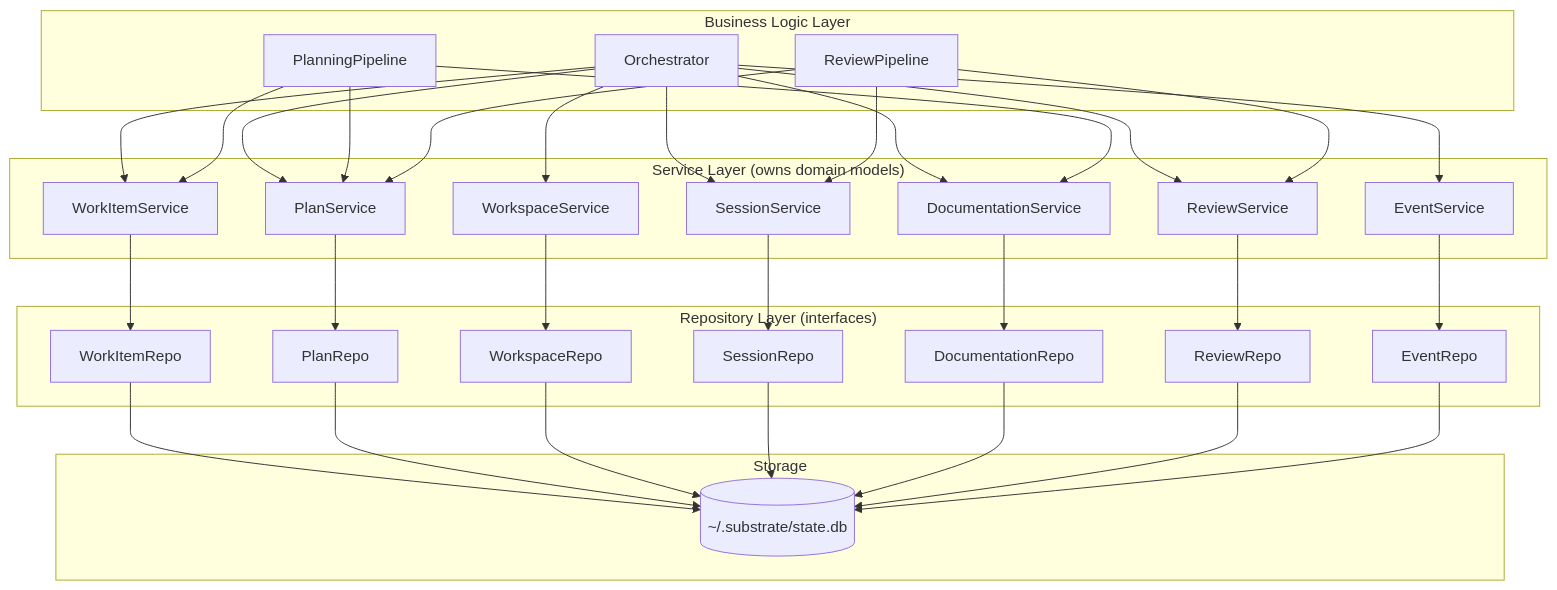
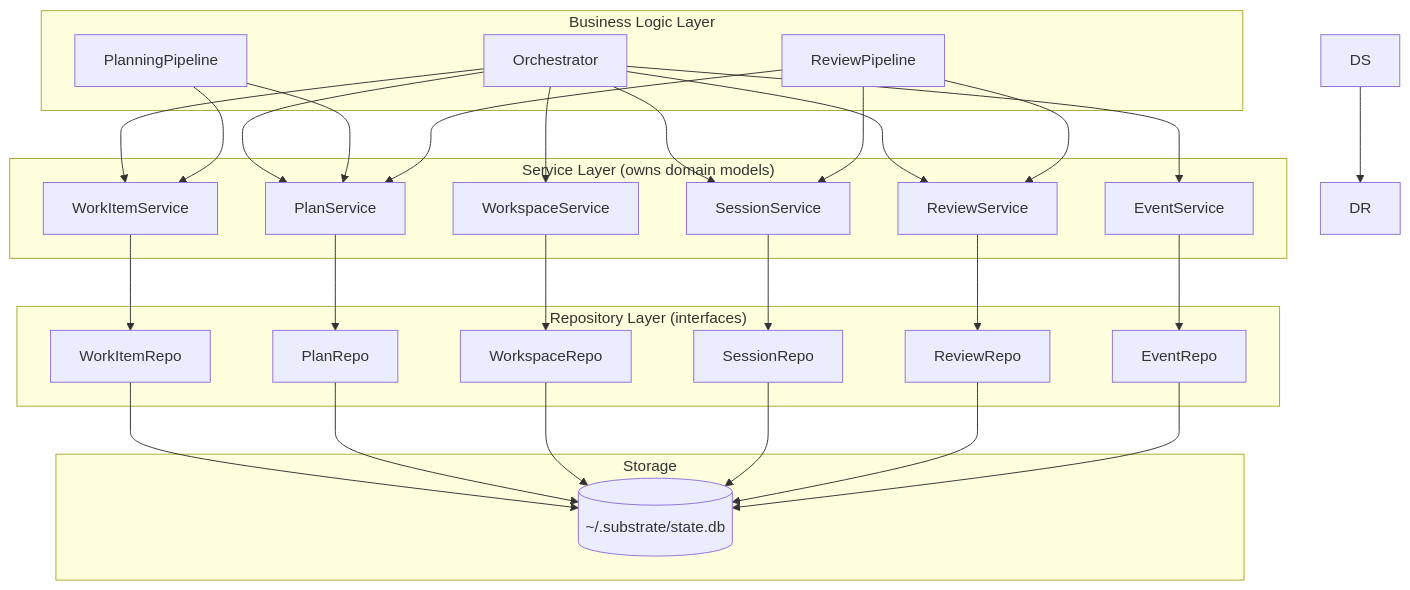
The diagram in docs/02-layered-architecture.md (beeemT/substrate), drawn with Mermaid before and after one commit. The commit also changed other lines of this file and 20 other files, not shown here.

````diff
--- a/docs/02-layered-architecture.md
+++ b/docs/02-layered-architecture.md
@@ -5,23 +5,23 @@
 ```mermaid
 graph TD
     subgraph "Business Logic Layer"
         ORCH[Orchestrator] & PP[PlanningPipeline] & RP[ReviewPipeline]
     end
     subgraph "Service Layer (owns domain models)"
         WIS[WorkItemService] & PS[PlanService] & WSS[WorkspaceService]
-        SS[SessionService] & DS[DocumentationService] & RS[ReviewService] & ES[EventService]
+        SS[SessionService] & RS[ReviewService] & ES[EventService]
     end
     subgraph "Repository Layer (interfaces)"
         WIR[WorkItemRepo] & PR[PlanRepo] & WSR[WorkspaceRepo]
-        SR[SessionRepo] & DR[DocumentationRepo] & RR[ReviewRepo] & ER[EventRepo]
+        SR[SessionRepo] & RR[ReviewRepo] & ER[EventRepo]
     end
     subgraph "Storage"
         DB[(~/.substrate/state.db)]
     end
-    ORCH --> WIS & PS & WSS & SS & DS & RS & ES
-    PP --> PS & DS & WIS
+    ORCH --> WIS & PS & WSS & SS & RS & ES
+    PP --> PS & WIS
     RP --> RS & SS & PS
     WIS --> WIR; PS --> PR; WSS --> WSR; SS --> SR
     DS --> DR; RS --> RR; ES --> ER
-    WIR & PR & WSR & SR & DR & RR & ER --> DB
+    WIR & PR & WSR & SR & RR & ER --> DB
 ```
````
